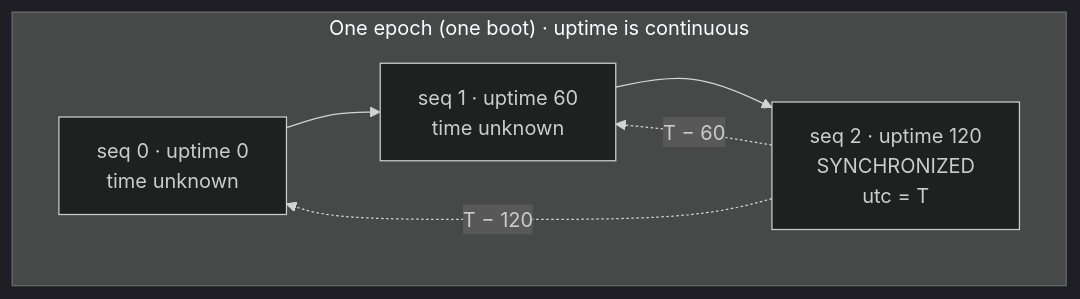
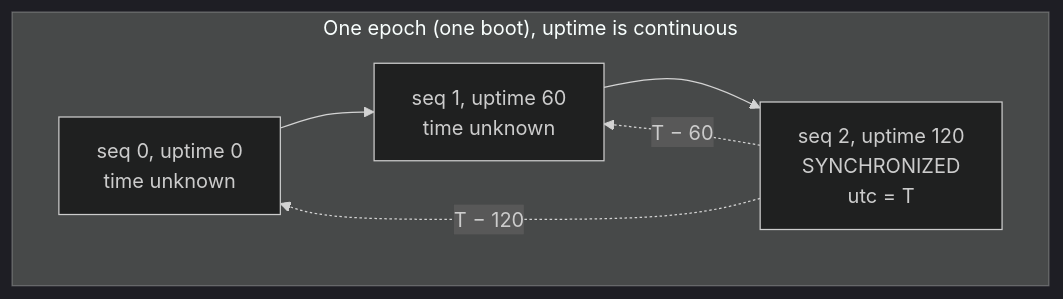
Diagram 18 of 22 in docs/protocol-stack.md (clintecker/weather-station-2026), drawn with Mermaid (dark theme) before and after one commit. The commit also changed other lines of this file and 25 other files, not shown here.

First line of the commit message:
Docs: Mermaid diagrams, no insider jargon, stale figures corrected

````diff
--- a/docs/protocol-stack.md
+++ b/docs/protocol-stack.md
@@ -738,9 +842,9 @@
 ```mermaid
 flowchart LR
-  subgraph EP["One epoch (one boot) · uptime is continuous"]
+  subgraph EP["One epoch (one boot), uptime is continuous"]
     direction LR
-    u0["seq 0 · uptime 0<br/>time unknown"] --> u1["seq 1 · uptime 60<br/>time unknown"] --> s2["seq 2 · uptime 120<br/>SYNCHRONIZED<br/>utc = T"]
+    u0["seq 0, uptime 0<br/>time unknown"] --> u1["seq 1, uptime 60<br/>time unknown"] --> s2["seq 2, uptime 120<br/>SYNCHRONIZED<br/>utc = T"]
   end
   s2 -. "T − 120" .-> u0
   s2 -. "T − 60" .-> u1
 ```
````
